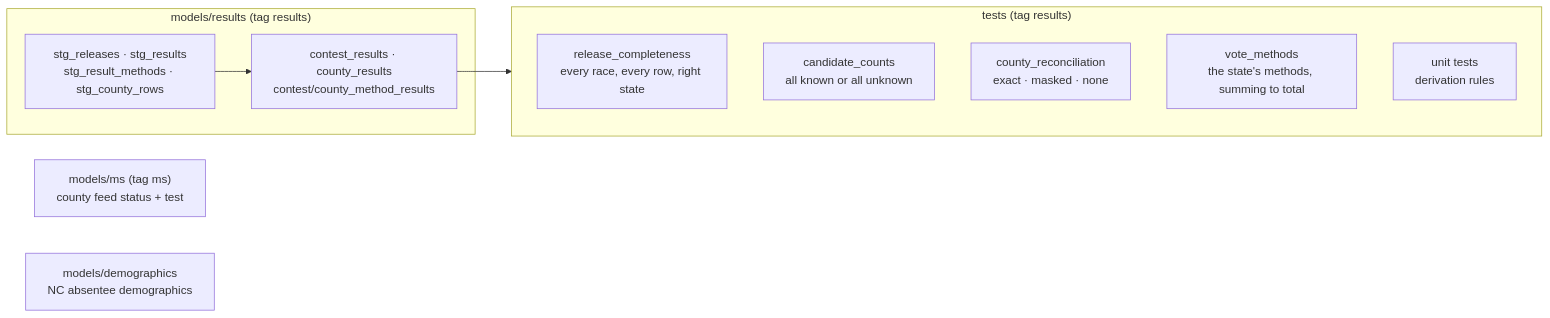
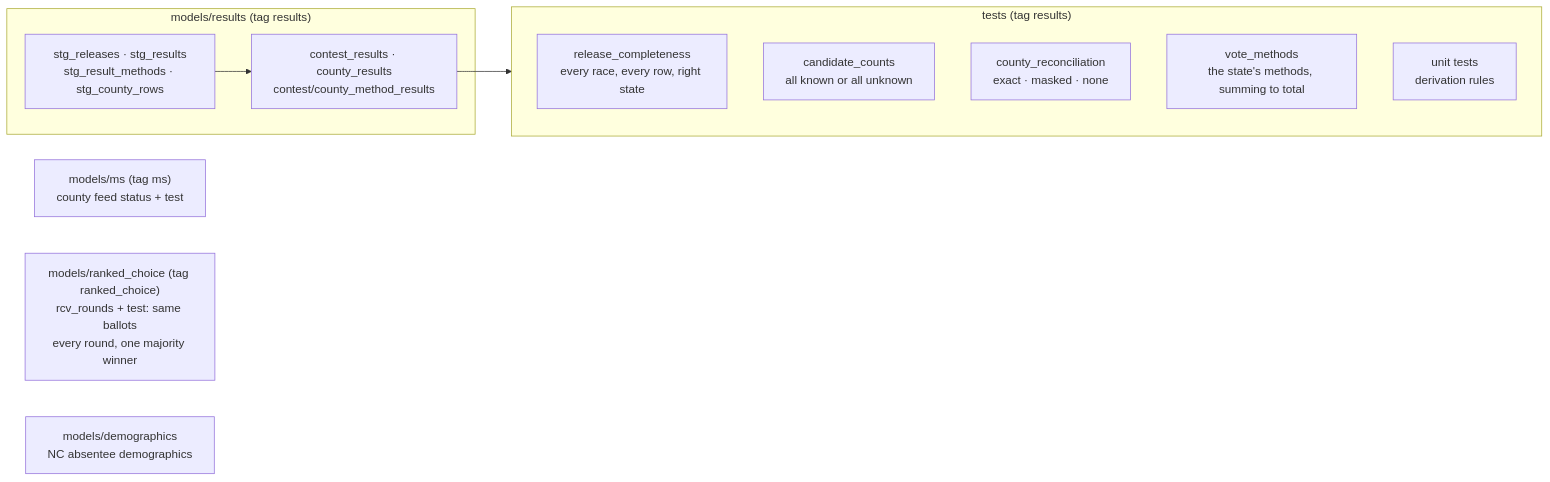
Before and after one commit to Naman4561/us-election-results-pipeline: the fourth of 5 diagrams in docs/architecture/processing-and-modelling.md, drawn with Mermaid. The commit also changed other lines of this file and 23 other files, not shown here.

````diff
--- a/docs/architecture/processing-and-modelling.md
+++ b/docs/architecture/processing-and-modelling.md
@@ -105,18 +105,19 @@
 ```mermaid
 flowchart LR
     subgraph models["models/results (tag results)"]
         s["stg_releases · stg_results<br/>stg_result_methods · stg_county_rows"]
         m["contest_results · county_results<br/>contest/county_method_results"]
         s --> m
     end
     subgraph tests["tests (tag results)"]
         t1["release_completeness<br/>every race, every row, right state"]
         t2["candidate_counts<br/>all known or all unknown"]
         t3["county_reconciliation<br/>exact · masked · none"]
         t4["vote_methods<br/>the state's methods, summing to total"]
         t5["unit tests<br/>derivation rules"]
     end
     m --> tests
     ms["models/ms (tag ms)<br/>county feed status + test"]
+    rc["models/ranked_choice (tag ranked_choice)<br/>rcv_rounds + test: same ballots<br/>every round, one majority winner"]
     demo["models/demographics<br/>NC absentee demographics"]
 ```
````
